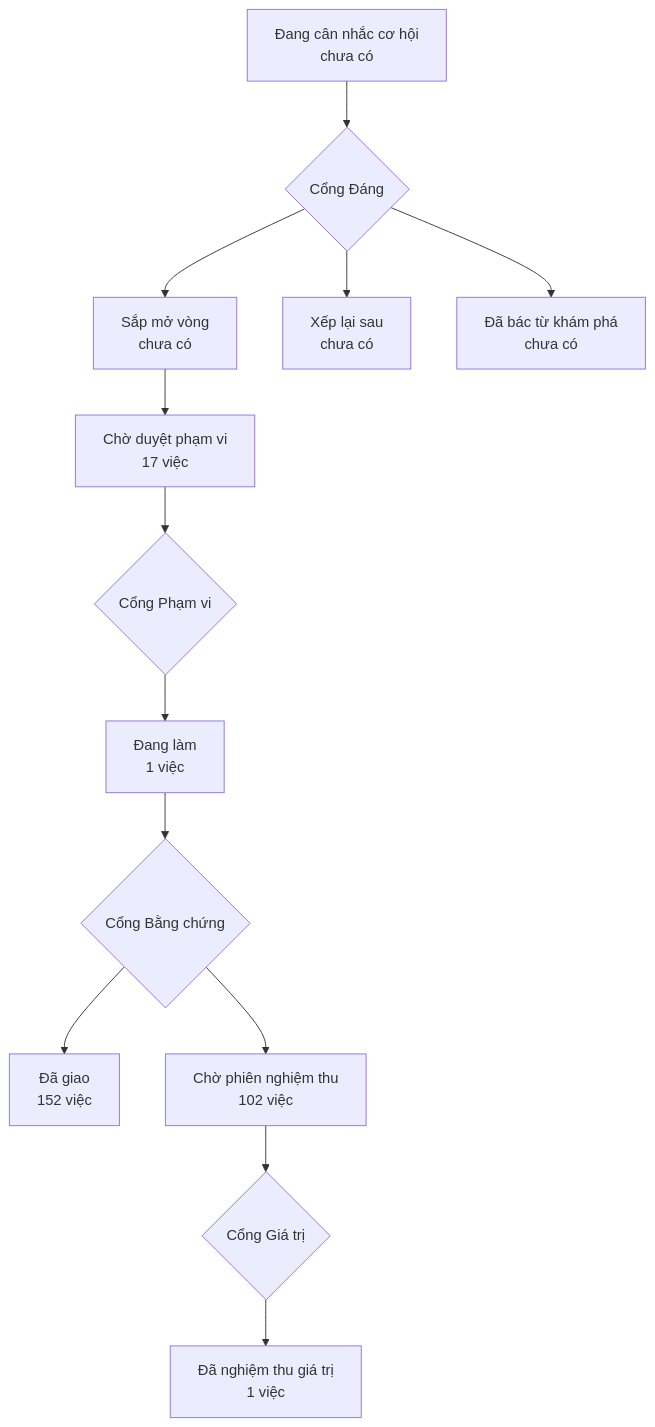
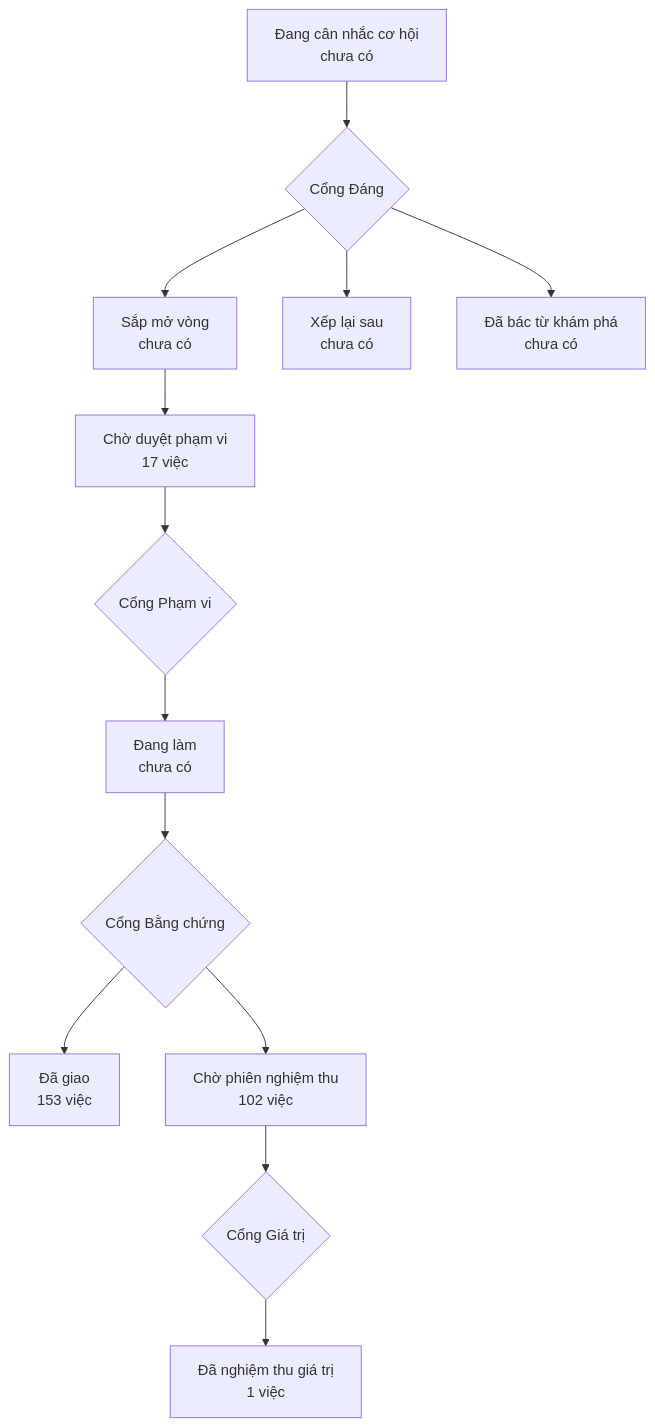
Before and after one commit to phanlemanh/onehub-invest: the diagram in PRODUCT-MAP.md, drawn with Mermaid. The commit also changed other lines of this file and 5 other files, not shown here.

````diff
--- a/PRODUCT-MAP.md
+++ b/PRODUCT-MAP.md
@@ -7,12 +7,12 @@
 ```mermaid
 flowchart TD
   A["Đang cân nhắc cơ hội<br/>chưa có"] --> GD{"Cổng Đáng"}
   GD --> B["Sắp mở vòng<br/>chưa có"]
   GD --> XL["Xếp lại sau<br/>chưa có"]
   GD --> DB["Đã bác từ khám phá<br/>chưa có"]
   B --> CD["Chờ duyệt phạm vi<br/>17 việc"] --> GP{"Cổng Phạm vi"}
-  GP --> DL["Đang làm<br/>1 việc"] --> GB{"Cổng Bằng chứng"}
-  GB --> DG["Đã giao<br/>152 việc"]
+  GP --> DL["Đang làm<br/>chưa có"] --> GB{"Cổng Bằng chứng"}
+  GB --> DG["Đã giao<br/>153 việc"]
   GB --> CN["Chờ phiên nghiệm thu<br/>102 việc"] --> GG{"Cổng Giá trị"}
   GG --> NT["Đã nghiệm thu giá trị<br/>1 việc"]
 ```
````
